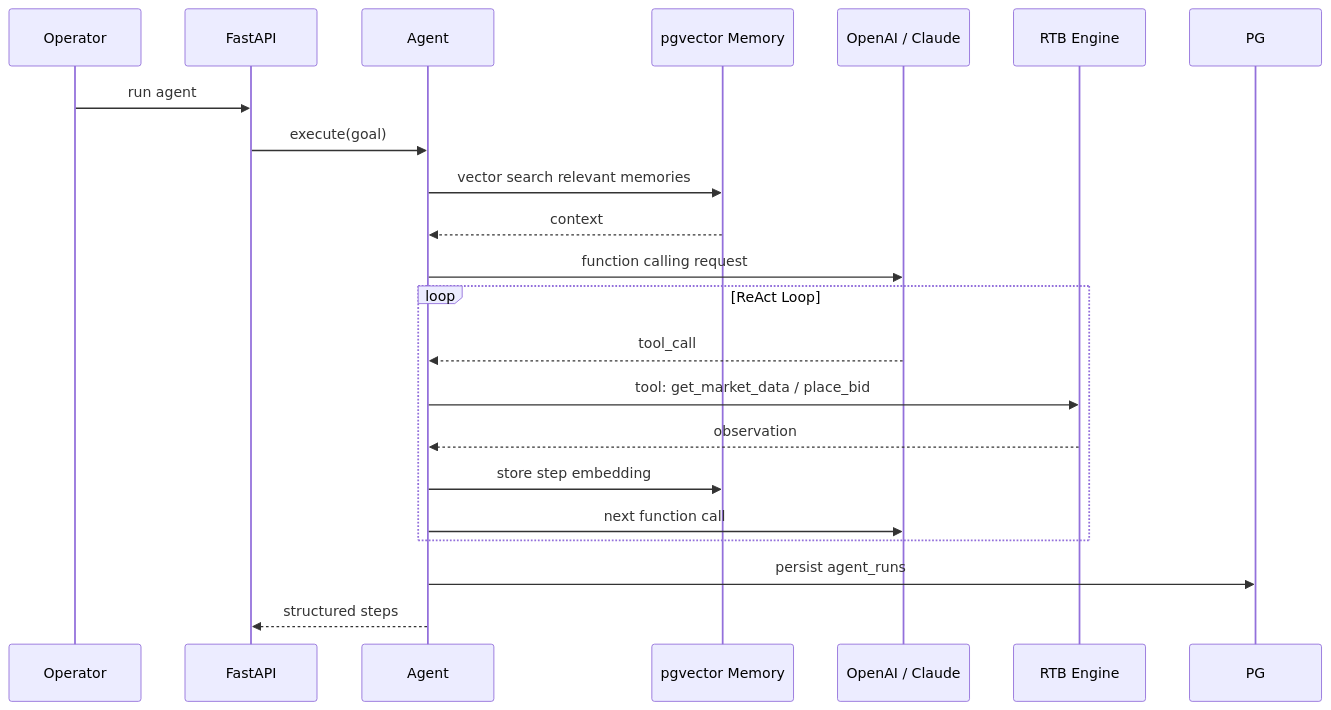
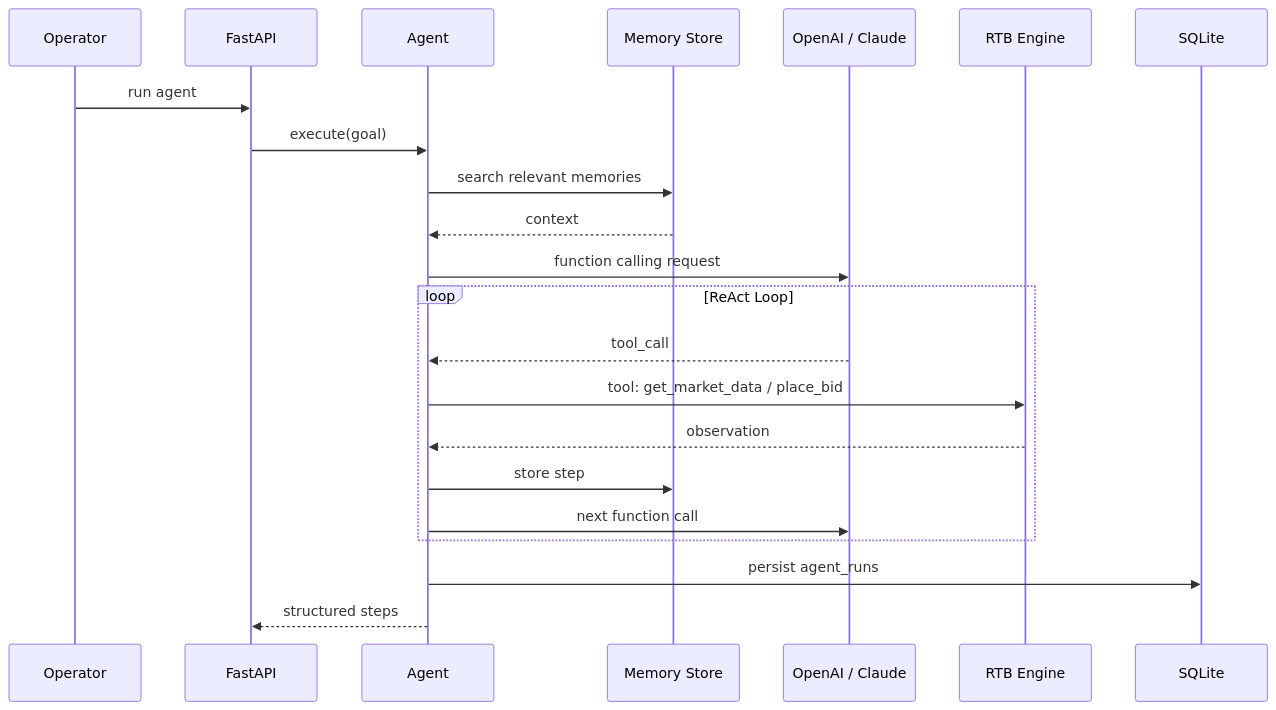
One commit to hutao-7777/ADPULSE changed the sixth of 8 diagrams in docs/architecture.md. Above: the diagram before and after it, drawn with Mermaid. The commit also changed other lines of this file and 68 other files, not shown here.

````diff
--- a/docs/architecture.md
+++ b/docs/architecture.md
@@ -240,24 +224,25 @@
 ```mermaid
 sequenceDiagram
     participant U as Operator
     participant API as FastAPI
     participant AG as Agent
-    participant Mem as pgvector Memory
+    participant Mem as Memory Store
     participant LLM as OpenAI / Claude
     participant RTB as RTB Engine
+    participant DB as SQLite
 
     U->>API: run agent
     API->>AG: execute(goal)
-    AG->>Mem: vector search relevant memories
+    AG->>Mem: search relevant memories
     Mem-->>AG: context
     AG->>LLM: function calling request
     loop ReAct Loop
         LLM-->>AG: tool_call
         AG->>RTB: tool: get_market_data / place_bid
         RTB-->>AG: observation
-        AG->>Mem: store step embedding
+        AG->>Mem: store step
         AG->>LLM: next function call
     end
-    AG->>PG: persist agent_runs
+    AG->>DB: persist agent_runs
     AG-->>API: structured steps
 ```
````
